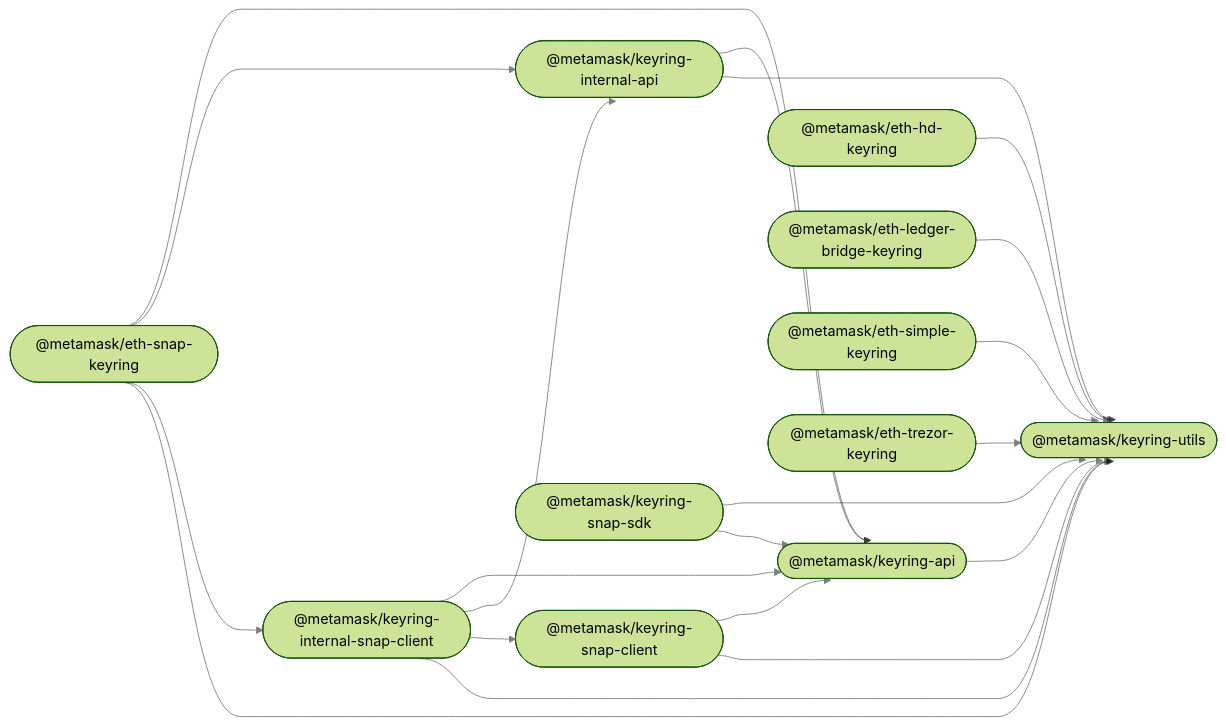
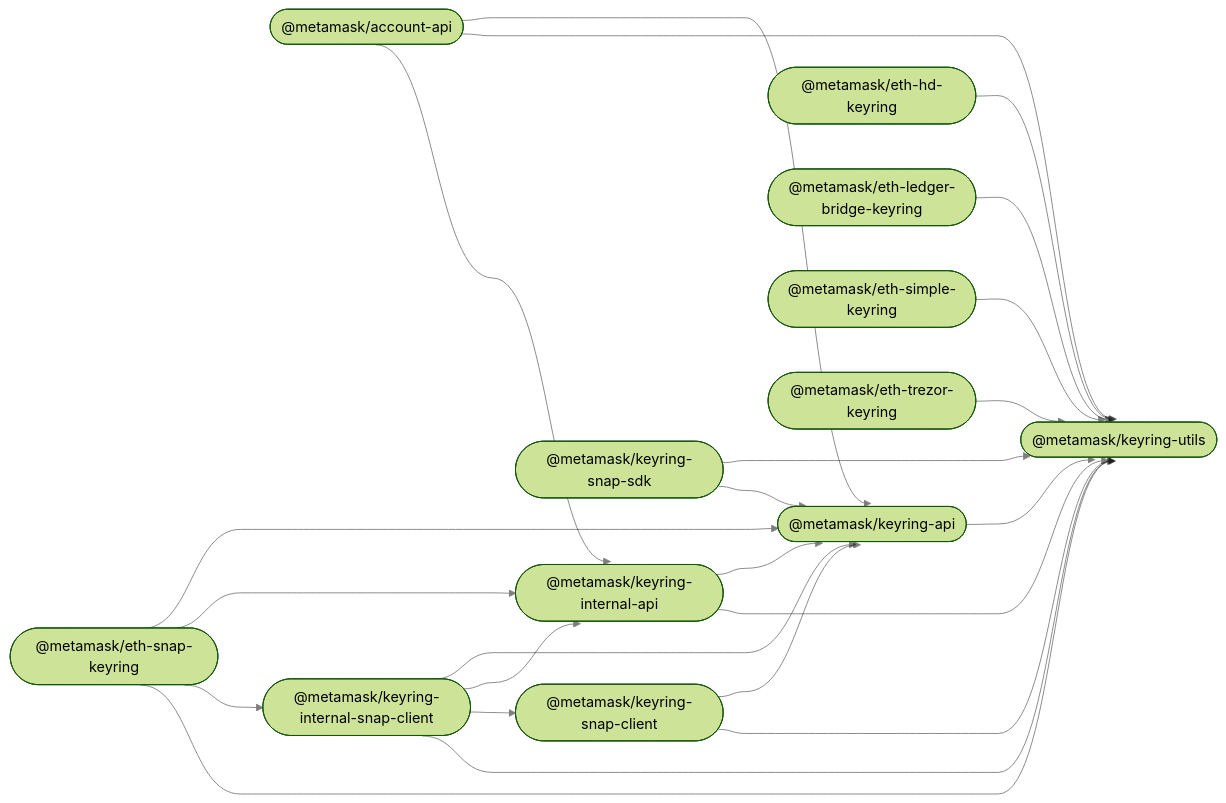
One commit to MetaMask/accounts changed the diagram in README.md. Above: the diagram before and after it, drawn with Mermaid (forest theme). The commit also changed other lines of this file and 14 other files, not shown here.

Commit message:
feat(account-api): add Account{Group,Wallet} support

````diff
--- a/README.md
+++ b/README.md
@@ -33,35 +34,39 @@
 ```mermaid
 %%{ init: { 'flowchart': { 'curve': 'bumpX' } } }%%
 graph LR;
 linkStyle default opacity:0.5
+  account_api(["@metamask/account-api"]);
   keyring_api(["@metamask/keyring-api"]);
   eth_hd_keyring(["@metamask/eth-hd-keyring"]);
   eth_ledger_bridge_keyring(["@metamask/eth-ledger-bridge-keyring"]);
   eth_simple_keyring(["@metamask/eth-simple-keyring"]);
   eth_trezor_keyring(["@metamask/eth-trezor-keyring"]);
   keyring_internal_api(["@metamask/keyring-internal-api"]);
   keyring_internal_snap_client(["@metamask/keyring-internal-snap-client"]);
   eth_snap_keyring(["@metamask/eth-snap-keyring"]);
   keyring_snap_client(["@metamask/keyring-snap-client"]);
   keyring_snap_sdk(["@metamask/keyring-snap-sdk"]);
   keyring_utils(["@metamask/keyring-utils"]);
+  account_api --> keyring_api;
+  account_api --> keyring_utils;
+  account_api --> keyring_internal_api;
   keyring_api --> keyring_utils;
   eth_hd_keyring --> keyring_utils;
   eth_ledger_bridge_keyring --> keyring_utils;
   eth_simple_keyring --> keyring_utils;
   eth_trezor_keyring --> keyring_utils;
   keyring_internal_api --> keyring_api;
   keyring_internal_api --> keyring_utils;
   keyring_internal_snap_client --> keyring_api;
   keyring_internal_snap_client --> keyring_internal_api;
   keyring_internal_snap_client --> keyring_snap_client;
   keyring_internal_snap_client --> keyring_utils;
   eth_snap_keyring --> keyring_api;
   eth_snap_keyring --> keyring_internal_api;
   eth_snap_keyring --> keyring_internal_snap_client;
   eth_snap_keyring --> keyring_utils;
   keyring_snap_client --> keyring_api;
   keyring_snap_client --> keyring_utils;
   keyring_snap_sdk --> keyring_utils;
   keyring_snap_sdk --> keyring_api;
 ```
````
